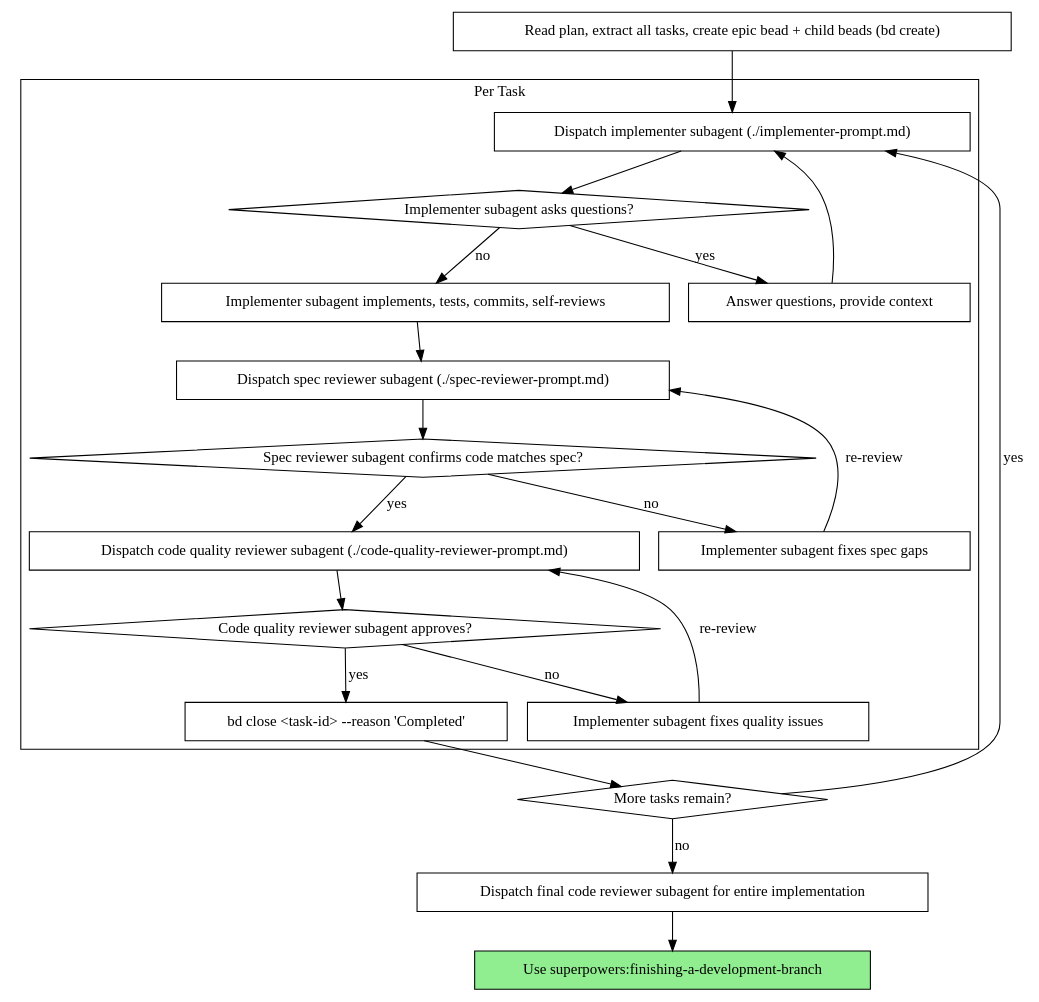
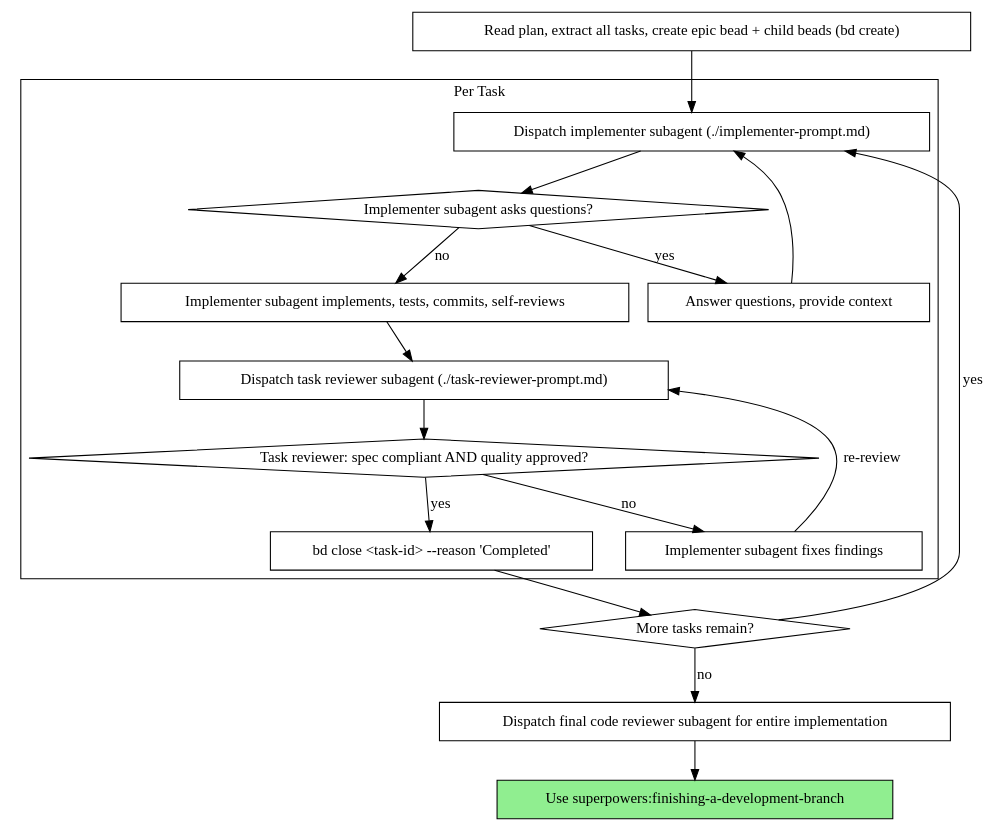
One commit to the-inconvenience-store/superbeads changed the second of 3 diagrams in skills/subagent-driven-development/SKILL.md. Above: the diagram before and after it, drawn with Graphviz. The commit also changed other lines of this file, not shown here.

First line of the commit message:
feat(sdd): re-thread single reviewer through both modes + example workflow (bd-wpmv.4)

````diff
--- a/skills/subagent-driven-development/SKILL.md
+++ b/skills/subagent-driven-development/SKILL.md
@@ -55,44 +55,37 @@
 ```dot
 digraph process {
     rankdir=TB;
 
     subgraph cluster_per_task {
         label="Per Task";
         "Dispatch implementer subagent (./implementer-prompt.md)" [shape=box];
         "Implementer subagent asks questions?" [shape=diamond];
         "Answer questions, provide context" [shape=box];
         "Implementer subagent implements, tests, commits, self-reviews" [shape=box];
-        "Dispatch spec reviewer subagent (./spec-reviewer-prompt.md)" [shape=box];
-        "Spec reviewer subagent confirms code matches spec?" [shape=diamond];
-        "Implementer subagent fixes spec gaps" [shape=box];
-        "Dispatch code quality reviewer subagent (./code-quality-reviewer-prompt.md)" [shape=box];
-        "Code quality reviewer subagent approves?" [shape=diamond];
-        "Implementer subagent fixes quality issues" [shape=box];
+        "Dispatch task reviewer subagent (./task-reviewer-prompt.md)" [shape=box];
+        "Task reviewer: spec compliant AND quality approved?" [shape=diamond];
+        "Implementer subagent fixes findings" [shape=box];
         "bd close <task-id> --reason 'Completed'" [shape=box];
     }
 
     "Read plan, extract all tasks, create epic bead + child beads (bd create)" [shape=box];
     "More tasks remain?" [shape=diamond];
     "Dispatch final code reviewer subagent for entire implementation" [shape=box];
     "Use superpowers:finishing-a-development-branch" [shape=box style=filled fillcolor=lightgreen];
 
     "Read plan, extract all tasks, create epic bead + child beads (bd create)" -> "Dispatch implementer subagent (./implementer-prompt.md)";
     "Dispatch implementer subagent (./implementer-prompt.md)" -> "Implementer subagent asks questions?";
     "Implementer subagent asks questions?" -> "Answer questions, provide context" [label="yes"];
     "Answer questions, provide context" -> "Dispatch implementer subagent (./implementer-prompt.md)";
     "Implementer subagent asks questions?" -> "Implementer subagent implements, tests, commits, self-reviews" [label="no"];
-    "Implementer subagent implements, tests, commits, self-reviews" -> "Dispatch spec reviewer subagent (./spec-reviewer-prompt.md)";
-    "Dispatch spec reviewer subagent (./spec-reviewer-prompt.md)" -> "Spec reviewer subagent confirms code matches spec?";
-    "Spec reviewer subagent confirms code matches spec?" -> "Implementer subagent fixes spec gaps" [label="no"];
-    "Implementer subagent fixes spec gaps" -> "Dispatch spec reviewer subagent (./spec-reviewer-prompt.md)" [label="re-review"];
-    "Spec reviewer subagent confirms code matches spec?" -> "Dispatch code quality reviewer subagent (./code-quality-reviewer-prompt.md)" [label="yes"];
-    "Dispatch code quality reviewer subagent (./code-quality-reviewer-prompt.md)" -> "Code quality reviewer subagent approves?";
-    "Code quality reviewer subagent approves?" -> "Implementer subagent fixes quality issues" [label="no"];
-    "Implementer subagent fixes quality issues" -> "Dispatch code quality reviewer subagent (./code-quality-reviewer-prompt.md)" [label="re-review"];
-    "Code quality reviewer subagent approves?" -> "bd close <task-id> --reason 'Completed'" [label="yes"];
+    "Implementer subagent implements, tests, commits, self-reviews" -> "Dispatch task reviewer subagent (./task-reviewer-prompt.md)";
+    "Dispatch task reviewer subagent (./task-reviewer-prompt.md)" -> "Task reviewer: spec compliant AND quality approved?";
+    "Task reviewer: spec compliant AND quality approved?" -> "Implementer subagent fixes findings" [label="no"];
+    "Implementer subagent fixes findings" -> "Dispatch task reviewer subagent (./task-reviewer-prompt.md)" [label="re-review"];
+    "Task reviewer: spec compliant AND quality approved?" -> "bd close <task-id> --reason 'Completed'" [label="yes"];
     "bd close <task-id> --reason 'Completed'" -> "More tasks remain?";
     "More tasks remain?" -> "Dispatch implementer subagent (./implementer-prompt.md)" [label="yes"];
     "More tasks remain?" -> "Dispatch final code reviewer subagent for entire implementation" [label="no"];
     "Dispatch final code reviewer subagent for entire implementation" -> "Use superpowers:finishing-a-development-branch";
 }
 ```
````
